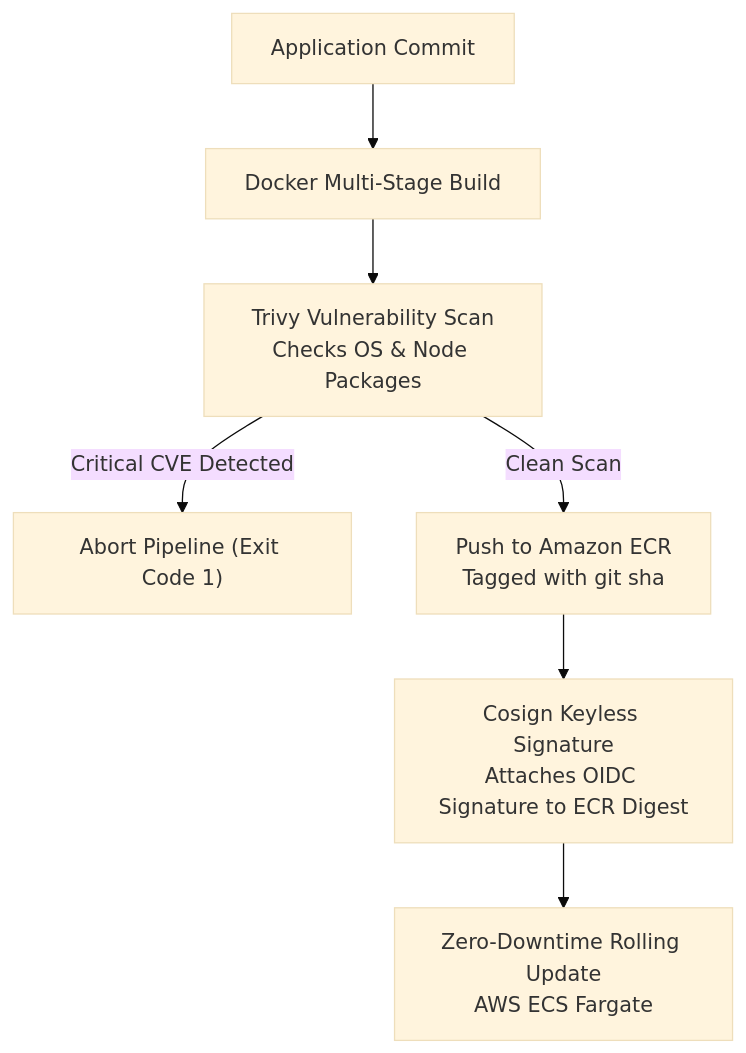
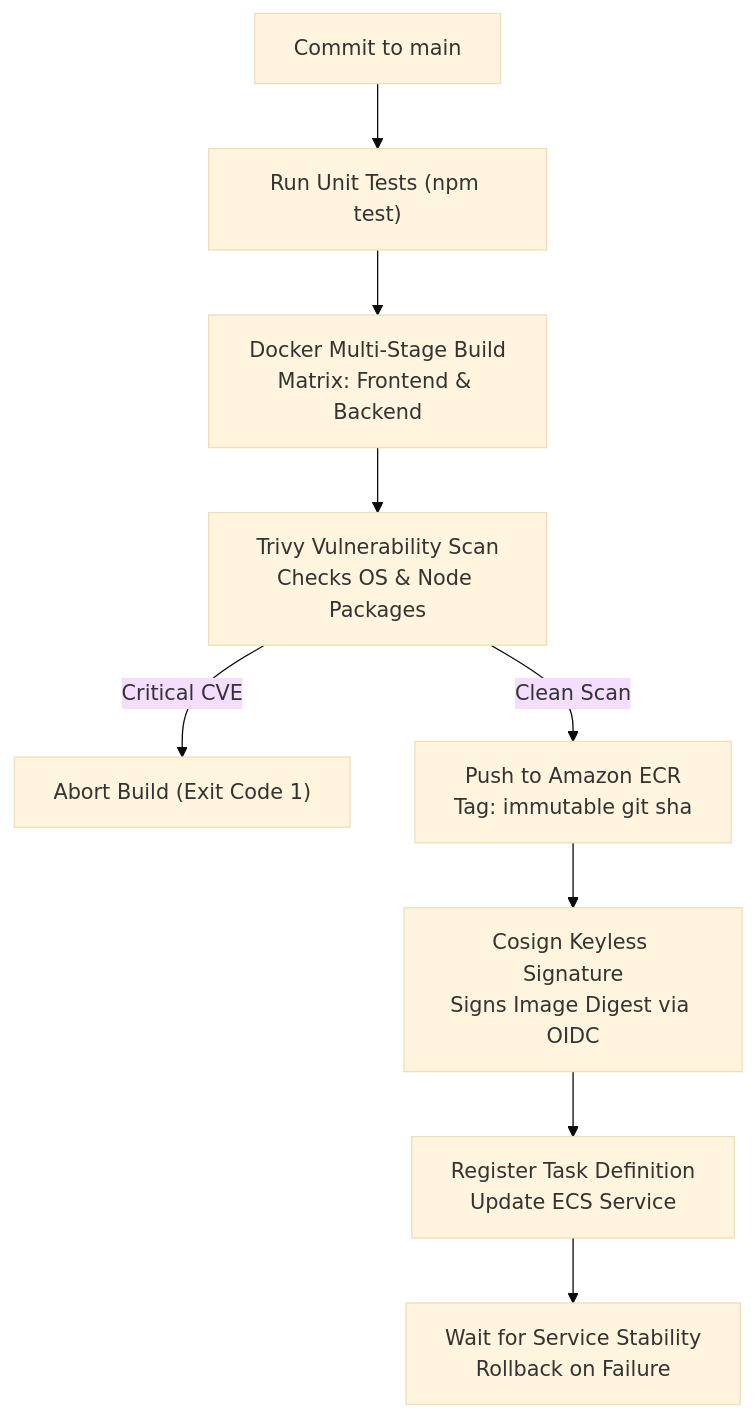
One commit to ahmeddhussain/Assesment-Task changed the second of 2 diagrams in README.md. Above: the diagram before and after it, drawn with Mermaid (base theme). The commit also changed other lines of this file and 1 other file, not shown here.

````diff
--- a/README.md
+++ b/README.md
@@ -297,9 +299,11 @@
 ```mermaid
 graph TD
-    CODE["Application Commit"] --> BUILD["Docker Multi-Stage Build"]
+    CODE["Commit to main"] --> TEST["Run Unit Tests (npm test)"]
+    TEST --> BUILD["Docker Multi-Stage Build<br/>Matrix: Frontend & Backend"]
     BUILD --> SCAN["Trivy Vulnerability Scan<br/>Checks OS & Node Packages"]
-    SCAN -->|"Critical CVE Detected"| FAIL["Abort Pipeline (Exit Code 1)"]
-    SCAN -->|"Clean Scan"| PUSH["Push to Amazon ECR<br/>Tagged with git sha"]
-    PUSH --> SIGN["Cosign Keyless Signature<br/>Attaches OIDC Signature to ECR Digest"]
-    SIGN --> DEPLOY["Zero-Downtime Rolling Update<br/>AWS ECS Fargate"]
+    SCAN -->|"Critical CVE"| FAIL["Abort Build (Exit Code 1)"]
+    SCAN -->|"Clean Scan"| PUSH["Push to Amazon ECR<br/>Tag: immutable git sha"]
+    PUSH --> SIGN["Cosign Keyless Signature<br/>Signs Image Digest via OIDC"]
+    SIGN --> DEPLOY["Register Task Definition<br/>Update ECS Service"]
+    DEPLOY --> WAIT["Wait for Service Stability<br/>Rollback on Failure"]
 ```
````
